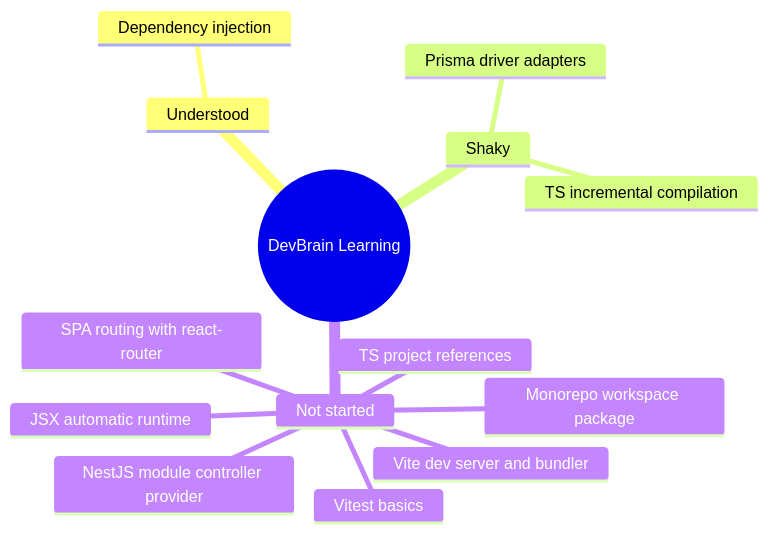
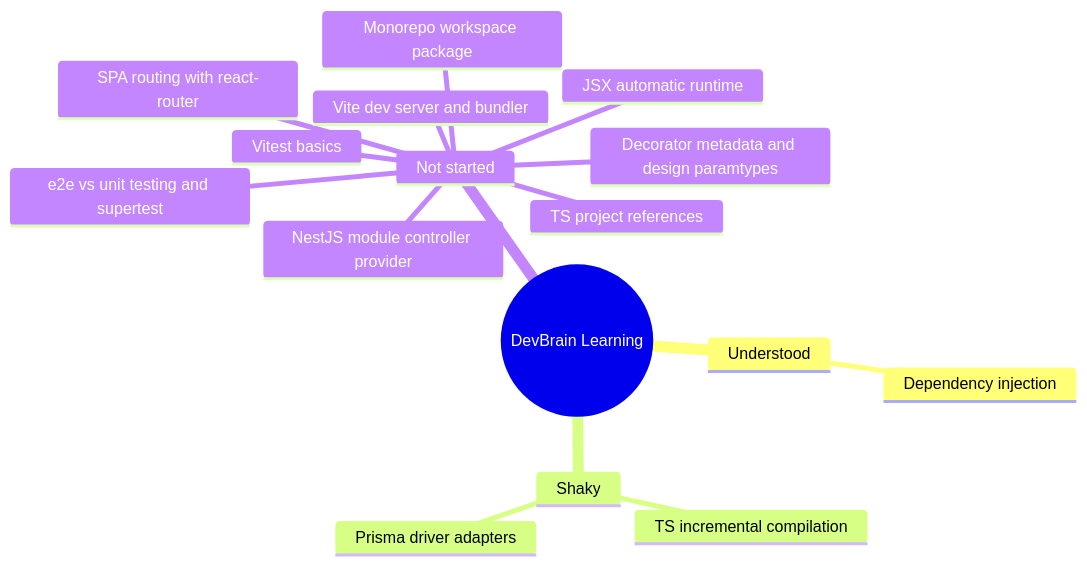
The diagram in docs/LEARNING_LOG.md (Phonghigh/DevBrain), drawn with Mermaid before and after one commit. The commit also changed other lines of this file and 9 other files, not shown here.

````diff
--- a/docs/LEARNING_LOG.md
+++ b/docs/LEARNING_LOG.md
@@ -32,17 +34,19 @@
 ```mermaid
 mindmap
   root((DevBrain Learning))
     Understood
       Dependency injection
     Shaky
       Prisma driver adapters
       TS incremental compilation
     Not started
       Monorepo workspace package
       TS project references
       Vitest basics
       NestJS module controller provider
       Vite dev server and bundler
       SPA routing with react-router
       JSX automatic runtime
+      e2e vs unit testing and supertest
+      Decorator metadata and design paramtypes
 ```
````
